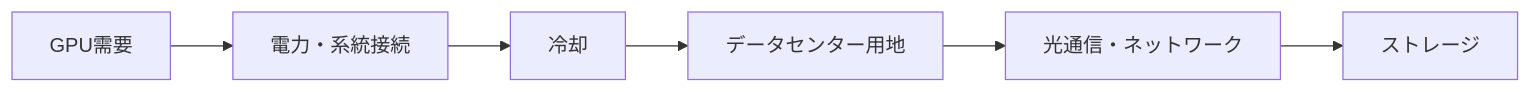
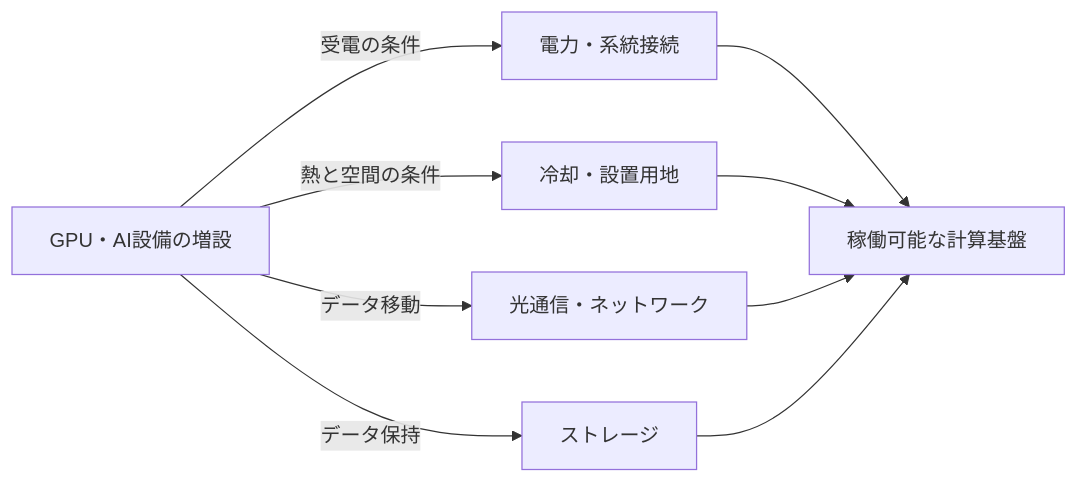
Before and after one commit to daylight55/research: the first of 2 diagrams in articles/report/post-semiconductor-ai-infrastructure/ja/index.mdx, drawn with Mermaid. The commit also changed other lines of this file and 181 other files, not shown here.

First line of the commit message:
全記事の図解368点を再生成し、共通注意書きを削除 (#402)

````diff
--- a/articles/report/post-semiconductor-ai-infrastructure/ja/index.mdx
+++ b/articles/report/post-semiconductor-ai-infrastructure/ja/index.mdx
@@ -35,8 +35,19 @@
 ```mermaid
 flowchart LR
-  GPU["GPU需要"] --> Power["電力・系統接続"]
-  Power --> Cool["冷却"]
-  Cool --> Site["データセンター用地"]
-  Site --> Net["光通信・ネットワーク"]
-  Net --> Store["ストレージ"]
+  accTitle: GPU増設を支える物理インフラの条件
+  accDescr: 電力・接続、冷却・用地、通信・保存のいずれも稼働の条件になる。直列の代替投資先とは限らない。
+  N0["GPU・AI設備の増設"]
+  N1["電力・系統接続"]
+  N2["冷却・設置用地"]
+  N3["光通信・ネットワーク"]
+  N4["ストレージ"]
+  N5["稼働可能な計算基盤"]
+  N0 -->|受電の条件| N1
+  N0 -->|熱と空間の条件| N2
+  N0 -->|データ移動| N3
+  N0 -->|データ保持| N4
+  N1 --> N5
+  N2 --> N5
+  N3 --> N5
+  N4 --> N5
 ```
````
